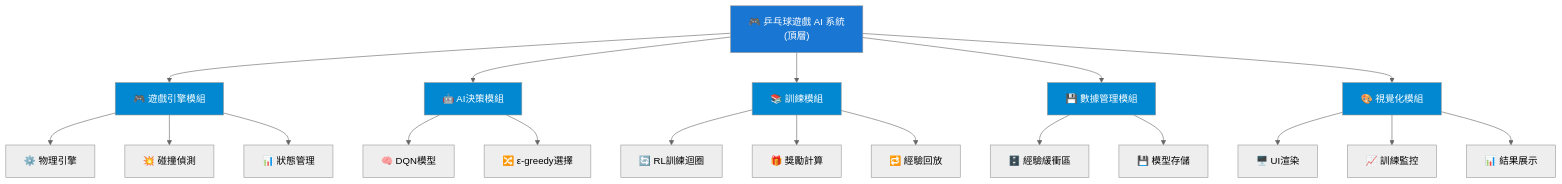
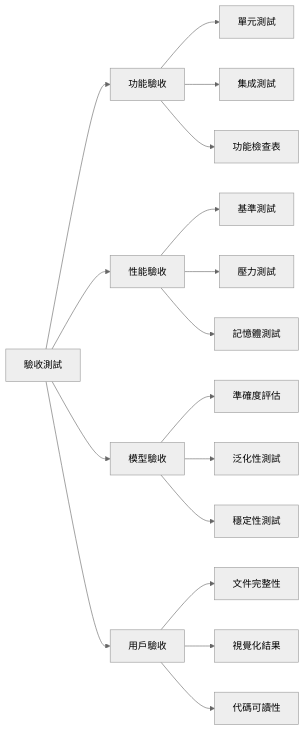
The first of 10 diagrams in doc/ping-pong-ai-project.md (C111112104/ML_Game), drawn with Mermaid (neutral theme) before and after one commit. The commit also changed other lines of this file, not shown here.

````diff
--- a/doc/ping-pong-ai-project.md
+++ b/doc/ping-pong-ai-project.md
@@ -154,35 +68,23 @@
 ```mermaid
-graph TB
-    A["🎮 乒乓球遊戲 AI 系統<br/>(頂層)"]
-    
-    A --> B["🎮 遊戲引擎模組"]
-    A --> C["🤖 AI決策模組"]
-    A --> D["📚 訓練模組"]
-    A --> E["💾 數據管理模組"]
-    A --> F["🎨 視覺化模組"]
-    
-    B --> B1["⚙️ 物理引擎"]
-    B --> B2["💥 碰撞偵測"]
-    B --> B3["📊 狀態管理"]
-    
-    C --> C1["🧠 DQN模型"]
-    C --> C2["🔀 ε-greedy選擇"]
-    
-    D --> D1["🔄 RL訓練迴圈"]
-    D --> D2["🎁 獎勵計算"]
-    D --> D3["🔁 經驗回放"]
-    
-    E --> E1["🗄️ 經驗緩衝區"]
-    E --> E2["💾 模型存儲"]
-    
-    F --> F1["🖥️ UI渲染"]
-    F --> F2["📈 訓練監控"]
-    F --> F3["📊 結果展示"]
-    
-    style A fill:#1976d2,color:#fff
-    style B fill:#0288d1,color:#fff
-    style C fill:#0288d1,color:#fff
-    style D fill:#0288d1,color:#fff
-    style E fill:#0288d1,color:#fff
-    style F fill:#0288d1,color:#fff
+graph LR
+    A[驗收測試] --> B[功能驗收]
+    A --> C[性能驗收]
+    A --> D[模型驗收]
+    A --> E[用戶驗收]
+
+    B --> B1[單元測試]
+    B --> B2[集成測試]
+    B --> B3[功能檢查表]
+
+    C --> C1[基準測試]
+    C --> C2[壓力測試]
+    C --> C3[記憶體測試]
+
+    D --> D1[準確度評估]
+    D --> D2[泛化性測試]
+    D --> D3[穩定性測試]
+
+    E --> E1[文件完整性]
+    E --> E2[視覺化結果]
+    E --> E3[代碼可讀性]
 ```
````
